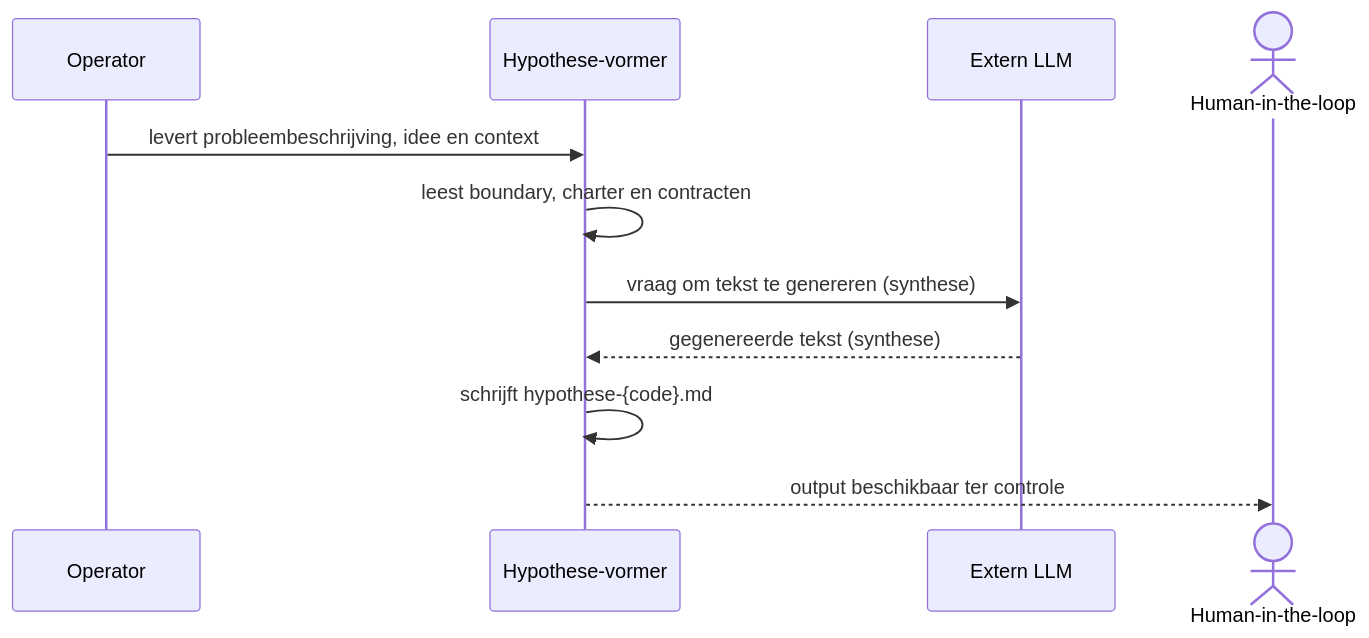
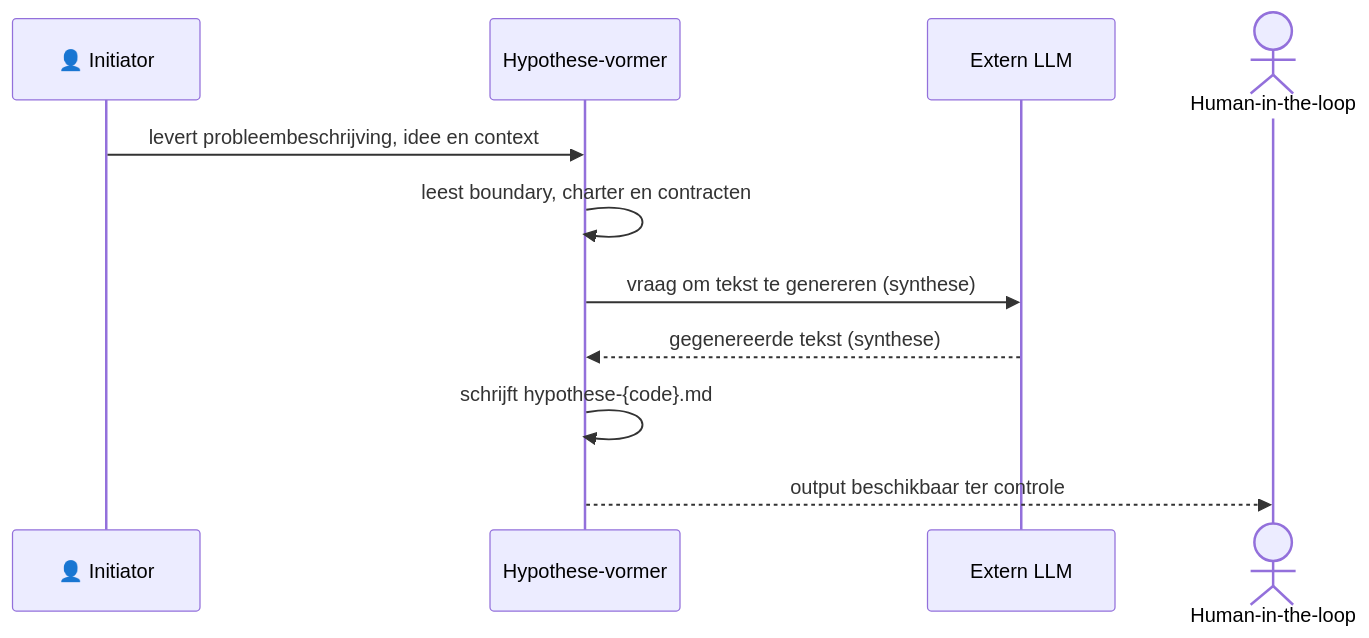
Before and after one commit to hans-blok/mandarin-agents: the second of 2 diagrams in artefacten/sfw/sfw.01.hypothese-vormer/hypothese-vormer.beschrijving.md, drawn with Mermaid. The commit also changed other lines of this file and 3 other files, not shown here.

````diff
--- a/artefacten/sfw/sfw.01.hypothese-vormer/hypothese-vormer.beschrijving.md
+++ b/artefacten/sfw/sfw.01.hypothese-vormer/hypothese-vormer.beschrijving.md
@@ -41,14 +41,14 @@
 ```mermaid
 sequenceDiagram
-    participant OP as Operator
+    participant IN as 👤 Initiator
     participant HV as Hypothese-vormer
     participant LLM as Extern LLM
     actor HiL as Human-in-the-loop
 
-    OP->>HV: levert probleembeschrijving, idee en context
+    IN->>HV: levert probleembeschrijving, idee en context
     HV->>HV: leest boundary, charter en contracten
     HV->>LLM: vraag om tekst te genereren (synthese)
     LLM-->>HV: gegenereerde tekst (synthese)
     HV->>HV: schrijft hypothese-{code}.md
     HV-->>HiL: output beschikbaar ter controle
 ```
````
